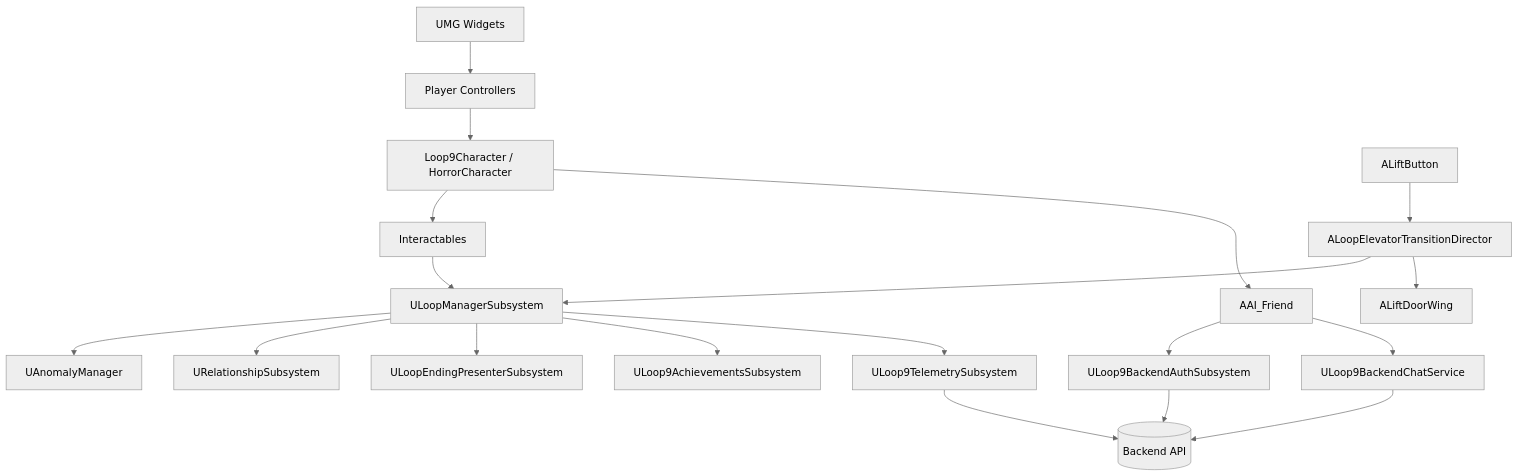
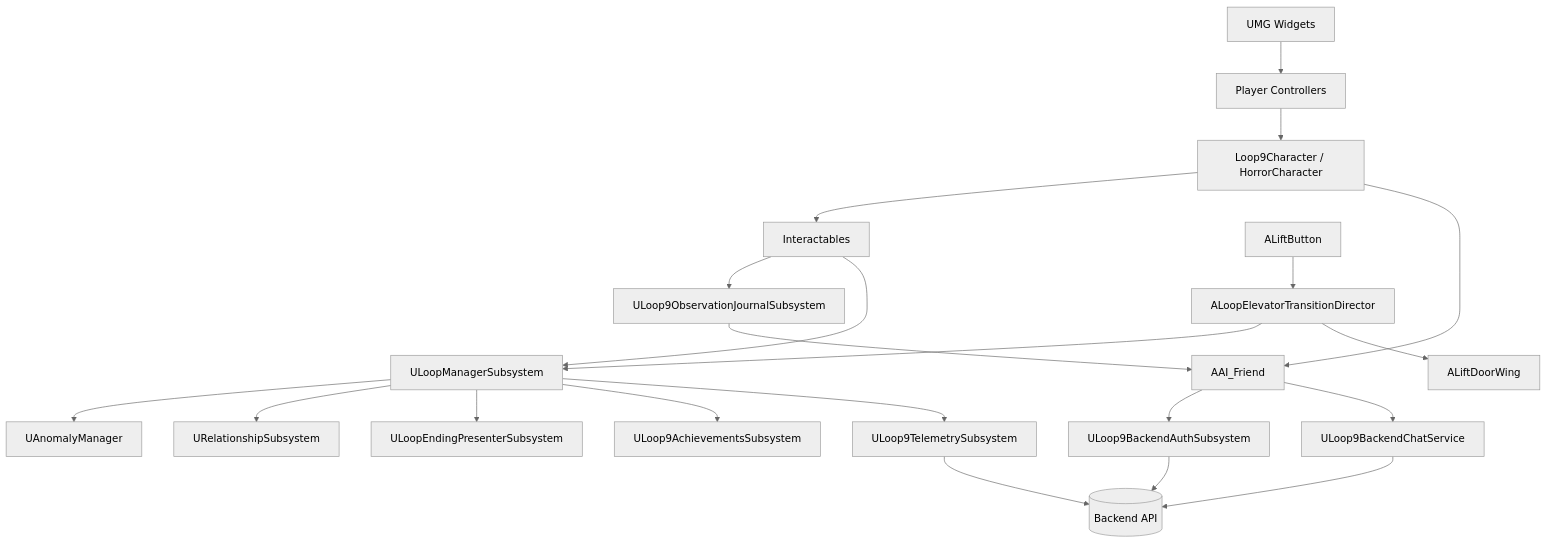
The diagram in docs/ARCHITECTURE.md (AndrijaExe/Loop9), drawn with Mermaid (neutral theme) before and after one commit. The commit also changed other lines of this file and 29 other files, not shown here.

First line of the commit message:
feat: add bounded player observation journal

````diff
--- a/docs/ARCHITECTURE.md
+++ b/docs/ARCHITECTURE.md
@@ -9,21 +9,23 @@
 ```mermaid
 flowchart TB
   UI[UMG Widgets] --> Controllers[Player Controllers]
   Controllers --> Character[Loop9Character / HorrorCharacter]
   Character --> Interact[Interactables]
+  Interact --> Journal[ULoop9ObservationJournalSubsystem]
+  Journal --> AIFriend
   Interact --> LoopMgr[ULoopManagerSubsystem]
   LoopMgr --> Anomaly[UAnomalyManager]
   LoopMgr --> Rel[URelationshipSubsystem]
   LoopMgr --> Ending[ULoopEndingPresenterSubsystem]
   LoopMgr --> Ach[ULoop9AchievementsSubsystem]
   LoopMgr --> Tel[ULoop9TelemetrySubsystem]
   Character --> AIFriend[AAI_Friend]
   AIFriend --> Auth[ULoop9BackendAuthSubsystem]
   AIFriend --> ChatSvc[ULoop9BackendChatService]
   Auth --> Backend[(Backend API)]
   ChatSvc --> Backend
   Tel --> Backend
   LiftBtn[ALiftButton] --> Director[ALoopElevatorTransitionDirector]
   Director --> LoopMgr
   Director --> Doors[ALiftDoorWing]
 ```
````
